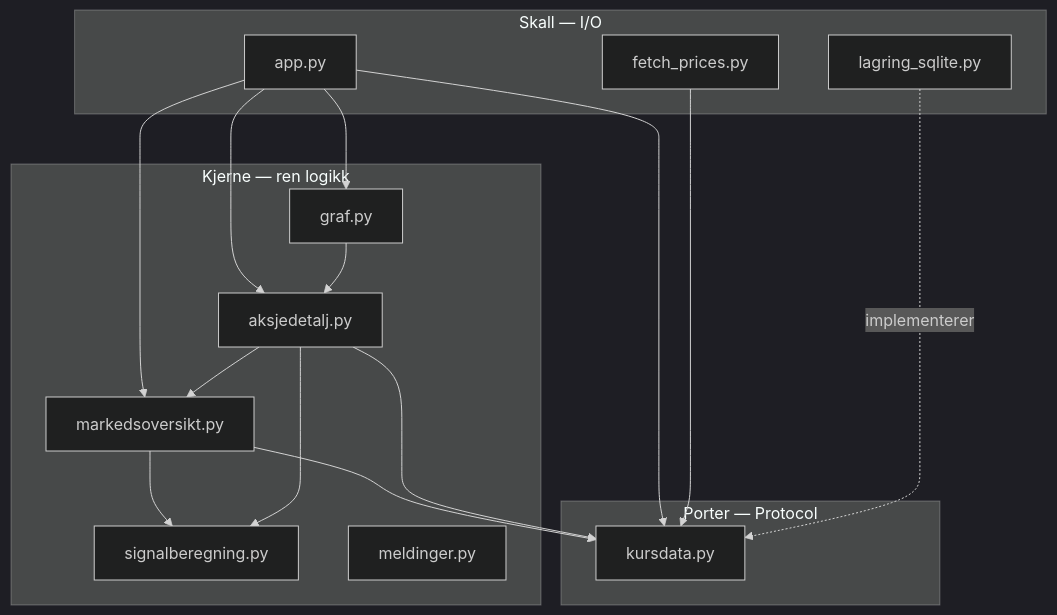
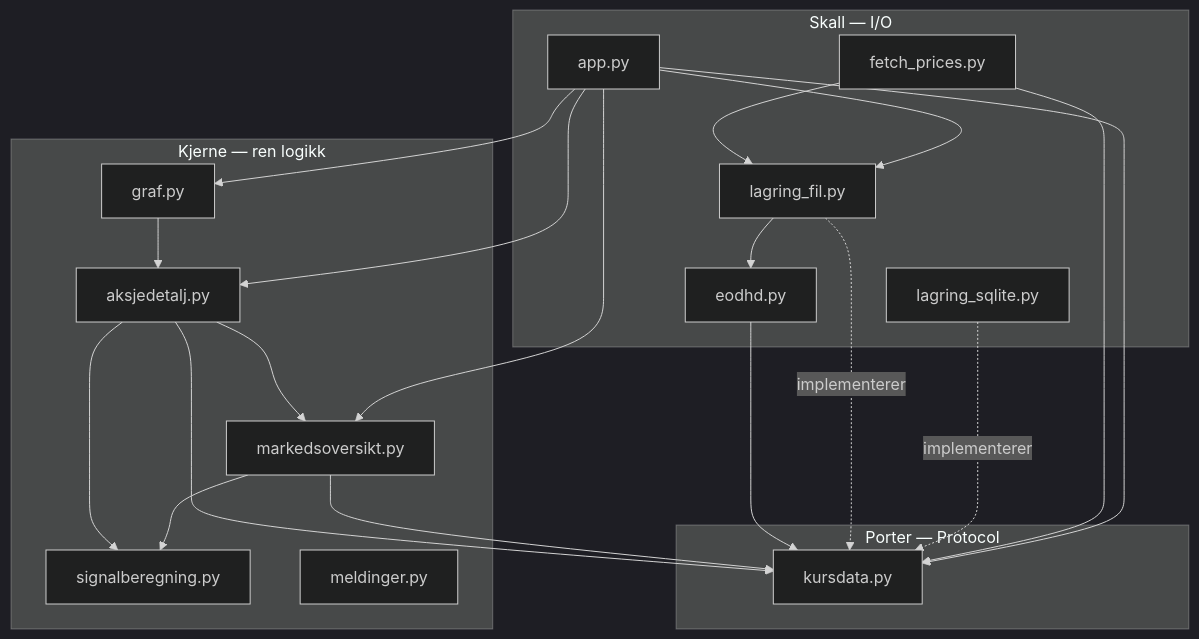
One commit to IBE160-2026/G74-lund-osen changed the first of 3 diagrams in _bmad-output/planning-artifacts/architecture/architecture-G74-lund-osen-2026-09-22/ARCHITECTURE-SPINE.md. Above: the diagram before and after it, drawn with Mermaid (dark theme). The commit also changed other lines of this file and 2 other files, not shown here.

First line of the commit message:
Portregelen er oppfylt: spinen, epics.md og arkitekturmemloggen

````diff
--- a/_bmad-output/planning-artifacts/architecture/architecture-G74-lund-osen-2026-09-22/ARCHITECTURE-SPINE.md
+++ b/_bmad-output/planning-artifacts/architecture/architecture-G74-lund-osen-2026-09-22/ARCHITECTURE-SPINE.md
@@ -61,31 +63,38 @@
 ```mermaid
 graph TD
     subgraph skall["Skall — I/O"]
         app["app.py"]
         fetch["fetch_prices.py"]
         sqlite["lagring_sqlite.py"]
+        fil["lagring_fil.py"]
+        eodhd["eodhd.py"]
     end
     subgraph porter["Porter — Protocol"]
         kursdata["kursdata.py"]
     end
     subgraph kjerne["Kjerne — ren logikk"]
         marked["markedsoversikt.py"]
         detalj["aksjedetalj.py"]
         graf["graf.py"]
         signal["signalberegning.py"]
         meld["meldinger.py"]
     end
 
     app --> marked
     app --> detalj
     app --> graf
     app --> kursdata
+    app --> fil
     fetch --> kursdata
+    fetch --> fil
     sqlite -. implementerer .-> kursdata
+    fil -. implementerer .-> kursdata
+    fil --> eodhd
+    eodhd --> kursdata
     marked --> signal
     marked --> kursdata
     detalj --> signal
     detalj --> marked
     detalj --> kursdata
     graf --> detalj
 ```
````
